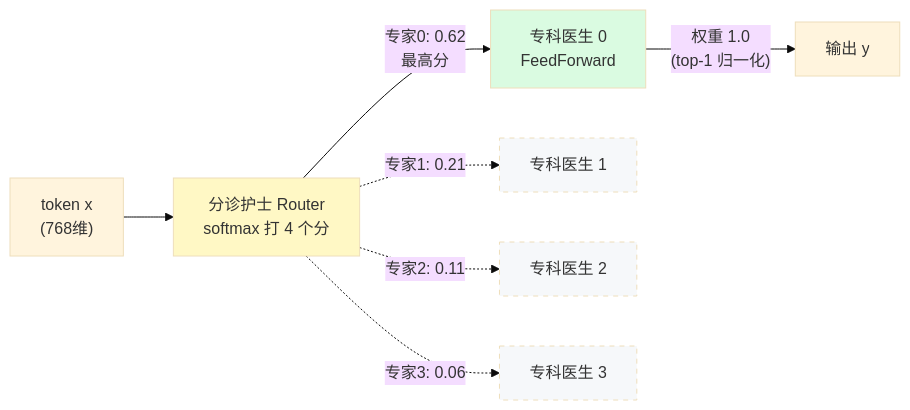
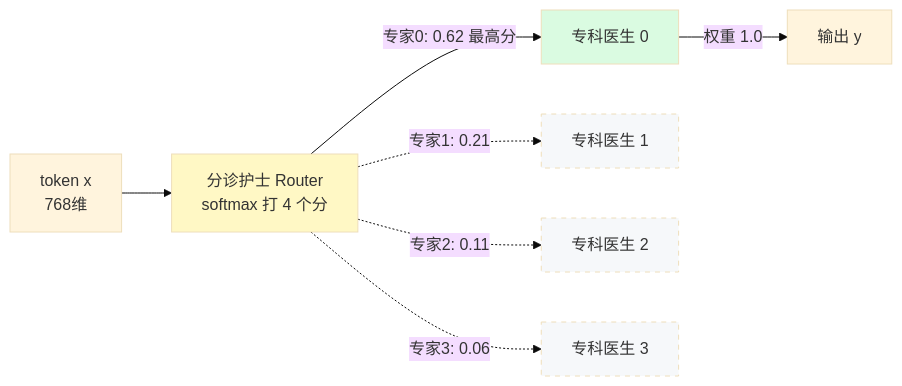
Before and after one commit to leing2021/ai-learn: the third of 3 diagrams in content/02-architecture.md, drawn with Mermaid (base theme). The commit also changed other lines of this file and 1 other file, not shown here.

````diff
--- a/content/02-architecture.md
+++ b/content/02-architecture.md
@@ -144,14 +142,14 @@
 ```mermaid
 flowchart LR
-    X["token x<br/>(768维)"] --> G["分诊护士 Router<br/>softmax 打 4 个分"]
-    G -->|"专家0: 0.62<br/>最高分"| E0["专科医生 0<br/>FeedForward"]
-    G -.->|"专家1: 0.21"| E1["专科医生 1"]
-    G -.->|"专家2: 0.11"| E2["专科医生 2"]
-    G -.->|"专家3: 0.06"| E3["专科医生 3"]
-    E0 -->|"权重 1.0<br/>(top-1 归一化)"| Y["输出 y"]
+    X["token x<br/>768维"] --> G["分诊护士 Router<br/>softmax 打 4 个分"]
+    G -->|专家0: 0.62 最高分| E0["专科医生 0"]
+    G -.->|专家1: 0.21| E1["专科医生 1"]
+    G -.->|专家2: 0.11| E2["专科医生 2"]
+    G -.->|专家3: 0.06| E3["专科医生 3"]
+    E0 -->|权重 1.0| Y["输出 y"]
     style G fill:#fff8c5
     style E0 fill:#dafbe1
     style E1 fill:#f6f8fa,stroke-dasharray: 5 5
     style E2 fill:#f6f8fa,stroke-dasharray: 5 5
     style E3 fill:#f6f8fa,stroke-dasharray: 5 5
 ```
````
